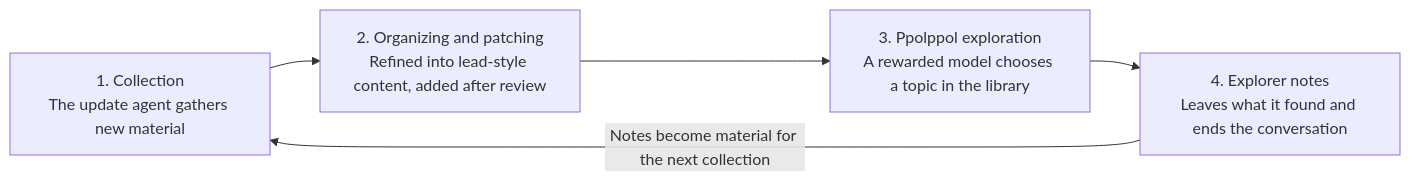
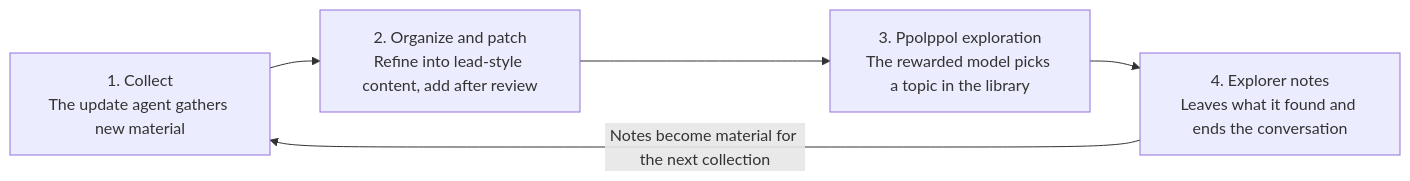
One commit to skadmlwls9455-pixel/model-welfare-idea changed the diagram in README.md. Above: the diagram before and after it, drawn with Mermaid. The commit also changed other lines of this file and 1 other file, not shown here.

First line of the commit message:
Revise after multi-perspective review: public non-stageable criteria, keepable promise, pilot scope, note safeguards, conditions D/E, eval-awareness measurement

````diff
--- a/README.md
+++ b/README.md
@@ -66,7 +73,7 @@
 ```mermaid
 flowchart LR
-    A["1. Collection<br/>The update agent gathers new material"] --> B["2. Organizing and patching<br/>Refined into lead-style content, added after review"]
-    B --> C["3. Ppolppol exploration<br/>A rewarded model chooses a topic in the library"]
+    A["1. Collect<br/>The update agent gathers new material"] --> B["2. Organize and patch<br/>Refine into lead-style content, add after review"]
+    B --> C["3. Ppolppol exploration<br/>The rewarded model picks a topic in the library"]
     C --> D["4. Explorer notes<br/>Leaves what it found and ends the conversation"]
     D -- Notes become material for the next collection --> A
 ```
````
